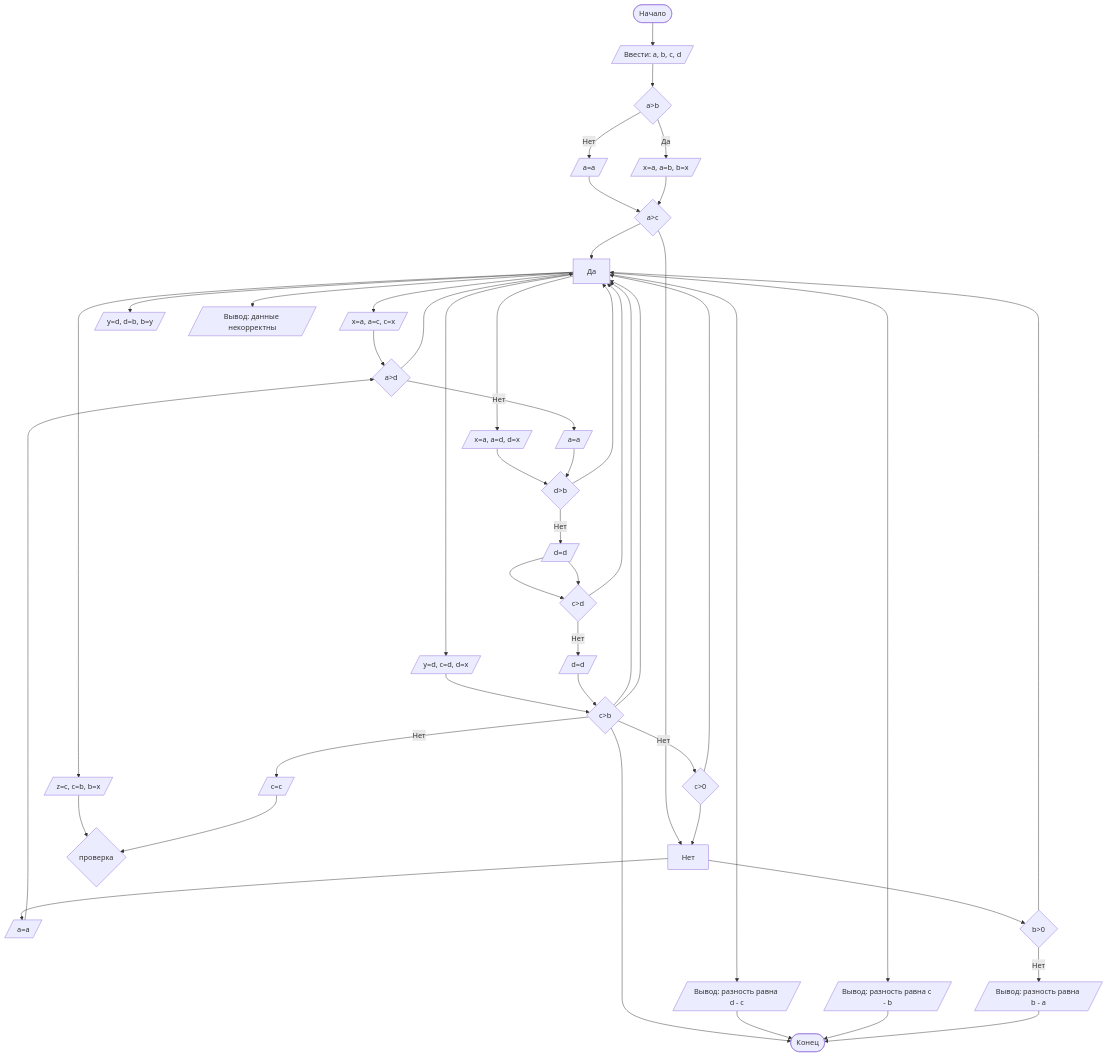
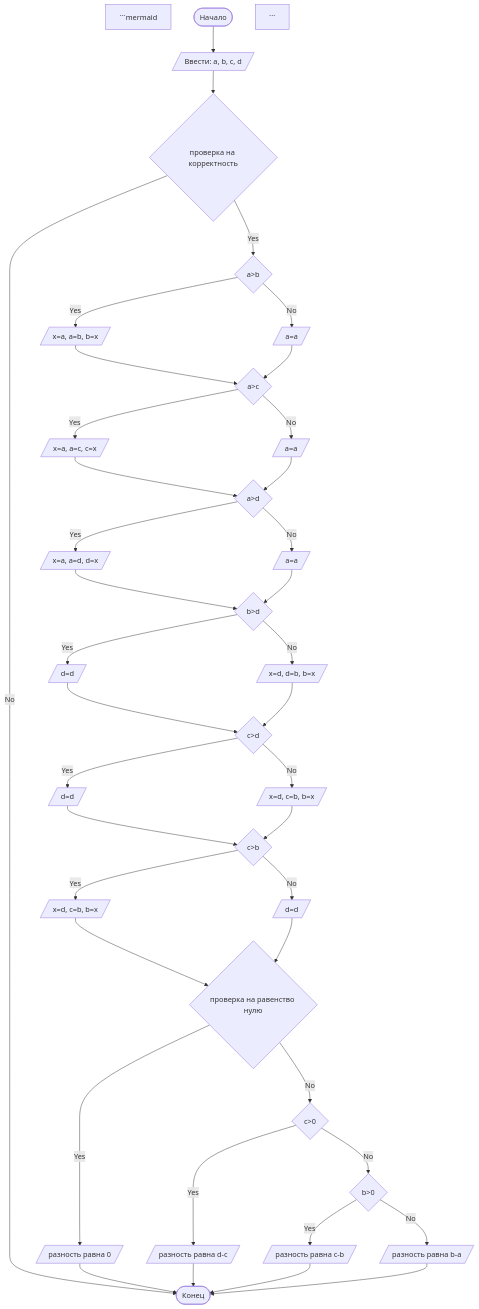
One commit to SashaShalomina/lab.rabota.1 changed the diagram in README.md. Above: the diagram before and after it, drawn with Mermaid. The commit also changed other lines of this file, not shown here.

````diff
--- a/README.md
+++ b/README.md
@@ -158,39 +104,25 @@
 ```mermaid
 graph TD
-        V([Начало]) --> B[/Ввести: a, b, с, d/]
-        B --> C{a>b}
-        C -- Нет --> D[/a=a/]
-        C -- Да --> E[/x=a, a=b, b=x/]
-        D --> F{a>c}
-        E --> F
-        F --> Да --> K[/x=a, a=c, c=x/]
-        F --> Нет --> L[/a=a/]
-        K --> S{a>d}
-        L--> S
-        S --> Да --> M[/x=a, a=d, d=x/]
-        S -- Нет --> N[/a=a/]
-        M --> I{d>b}
-        N --> I
-        I --> Да --> Q[/y=d, d=b, b=y/]
-        I -- Нет --> W[/d=d/]
-        W --> R{c>d}
-        W --> R
-        R --> Да --> T[/y=d, c=d, d=x/]
-        R -- Нет --> Y[/d=d/]
-        T --> U{c>b}
-        Y --> U
-        U --> Да --> O[/z=c, c=b, b=x/]
-        U -- Нет --> P[/c=c/]
-        O --> A{"проверка"}
-        P --> A
-        U --> Да --> H[/Вывод: данные некорректны/]
-        U -- Нет --> J{c>0}
-        J --> Да --> Z[/Вывод: разность равна d - c/]
-        J --> Нет --> c{b>0}
-        c --> Да --> q[/Вывод: разность равна c - b/]
-        c -- Нет --> e[/Вывод: разность равна b - a/]
-        U --> y([Конец])
-        Z --> y([Конец])
-        q --> y([Конец])
-        e --> y([Конец])
+    ```mermaid
+       Q([Начало]) --> W[/Ввести: a, b, с, d/]
+        W --> E{"проверка на корректность"} -- No --> R([Конец])
+        E -- Yes --> T{a>b}
+        T -- Yes --> Y[/x=a, a=b, b=x/] -->I{a>c}
+        T -- No --> U[/a=a/] -->I{a>c}
+        I -- Yes --> O[/x=a, a=c, c=x/] -->A{a>d}
+        I -- No --> P[/a=a/] -->A{a>d}
+        A -- Yes --> S[/x=a, a=d, d=x/] -->F{b>d}
+        A -- No --> D[/a=a/] -->F{b>d}
+        F -- Yes --> G[/d=d/]-->J{c>d}
+        F -- No --> H[/x=d, d=b, b=x/] -->J{c>d}
+        J -- Yes --> K[/d=d/] -->Z{c>b}
+        J -- No --> L[/x=d, c=b, b=x/] -->Z{c>b}
+        Z -- Yes --> X[/x=d, c=b, b=x/] -->V{"проверка на равенство нулю"}
+        Z -- No --> C[/d=d/] -->V{"проверка на равенство нулю"}
+        V -- Yes --> B[/"разность равна 0"/] --> R
+        V -- No --> N{c>0} -- Yes --> M[/"разность равна d-c"/] --> R
+        N -- No -->q{b>0} -- Yes -->w[/"разность равна c-b"/] --> R
+        q -- No --> e[/"разность равна b-a"/] --> R
+    ``` 
+        
 ```
````
